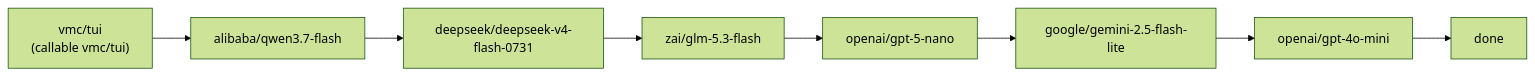
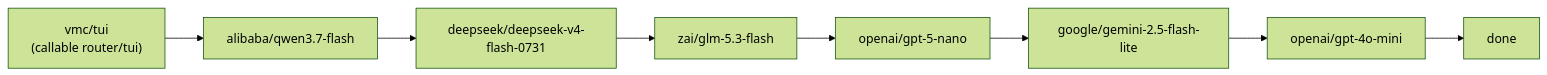
Diagram 13 of 17 in dot_agents/skills/provider-catalog/references/ROUTING_TOPOLOGY.md (phillias/dotfiles), drawn with Mermaid (forest theme) before and after one commit. The commit also changed 1 other file, not shown here.

Commit message:
no-mistakes(document): Align Vercel callable-prefix docs across provider catalog

````diff
--- a/dot_agents/skills/provider-catalog/references/ROUTING_TOPOLOGY.md
+++ b/dot_agents/skills/provider-catalog/references/ROUTING_TOPOLOGY.md
@@ -149,4 +149,4 @@
 ```mermaid
 flowchart LR
-    vt0["vmc/tui<br/>(callable vmc/tui)"] --> vt1["alibaba/qwen3.7-flash"] --> vt2["deepseek/deepseek-v4-flash-0731"] --> vt3["zai/glm-5.3-flash"] --> vt4["openai/gpt-5-nano"] --> vt5["google/gemini-2.5-flash-lite"] --> vt6["openai/gpt-4o-mini"] --> done
+    vt0["vmc/tui<br/>(callable router/tui)"] --> vt1["alibaba/qwen3.7-flash"] --> vt2["deepseek/deepseek-v4-flash-0731"] --> vt3["zai/glm-5.3-flash"] --> vt4["openai/gpt-5-nano"] --> vt5["google/gemini-2.5-flash-lite"] --> vt6["openai/gpt-4o-mini"] --> done
 ```
````
